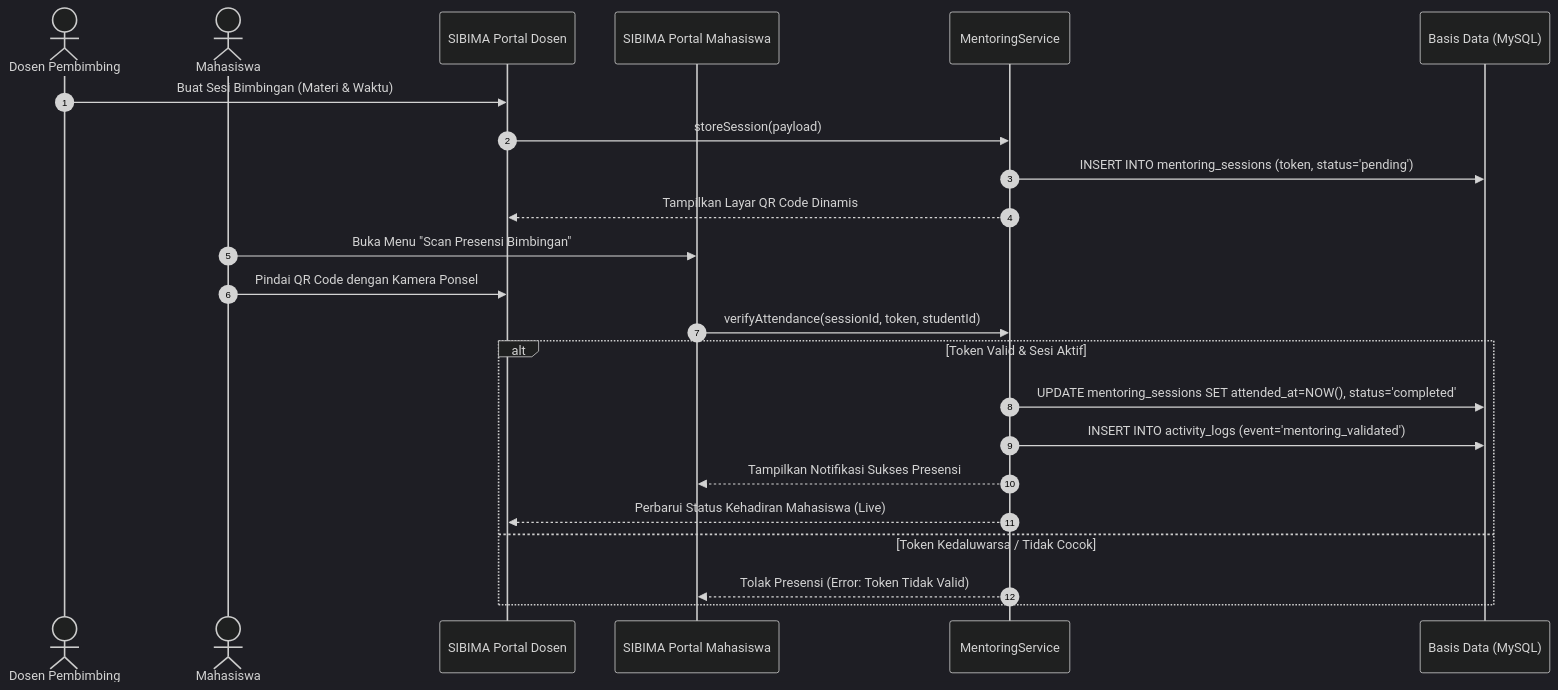
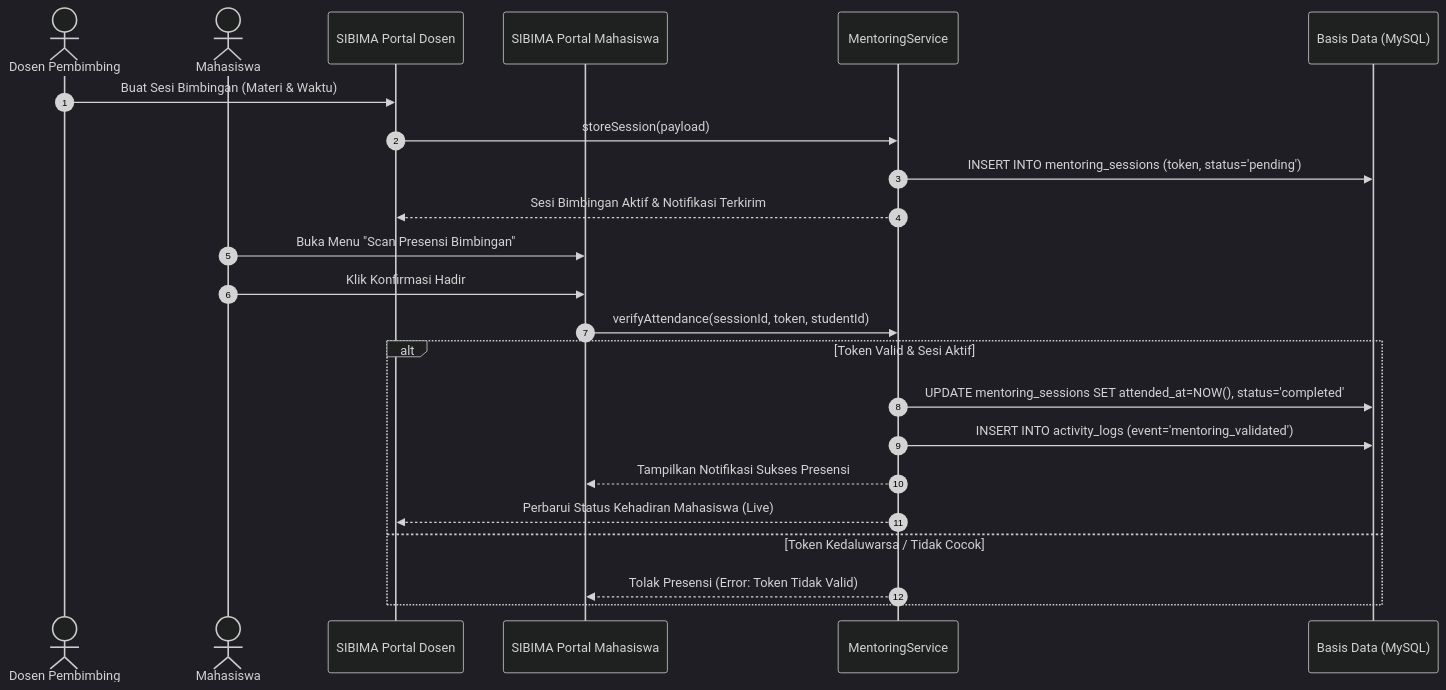
One commit to bagusaliakbar/SIBIMA changed the fourth of 10 diagrams in docs/arsitektur_katalog_pustaka.md. Above: the diagram before and after it, drawn with Mermaid (dark theme). The commit also changed other lines of this file and 9 other files, not shown here.

````diff
--- a/docs/arsitektur_katalog_pustaka.md
+++ b/docs/arsitektur_katalog_pustaka.md
@@ -382,28 +382,28 @@
 ```mermaid
 sequenceDiagram
     autonumber
     actor D as Dosen Pembimbing
     actor M as Mahasiswa
     participant UI_D as SIBIMA Portal Dosen
     participant UI_M as SIBIMA Portal Mahasiswa
     participant MS as MentoringService
     participant DB as Basis Data (MySQL)
 
     D->>UI_D: Buat Sesi Bimbingan (Materi & Waktu)
     UI_D->>MS: storeSession(payload)
     MS->>DB: INSERT INTO mentoring_sessions (token, status='pending')
-    MS-->>UI_D: Tampilkan Layar QR Code Dinamis
+    MS-->>UI_D: Sesi Bimbingan Aktif & Notifikasi Terkirim
     
     M->>UI_M: Buka Menu "Scan Presensi Bimbingan"
-    M->>UI_D: Pindai QR Code dengan Kamera Ponsel
+    M->>UI_M: Klik Konfirmasi Hadir
     UI_M->>MS: verifyAttendance(sessionId, token, studentId)
     
     alt Token Valid & Sesi Aktif
         MS->>DB: UPDATE mentoring_sessions SET attended_at=NOW(), status='completed'
         MS->>DB: INSERT INTO activity_logs (event='mentoring_validated')
         MS-->>UI_M: Tampilkan Notifikasi Sukses Presensi
         MS-->>UI_D: Perbarui Status Kehadiran Mahasiswa (Live)
     else Token Kedaluwarsa / Tidak Cocok
         MS-->>UI_M: Tolak Presensi (Error: Token Tidak Valid)
     end
 ```
````
